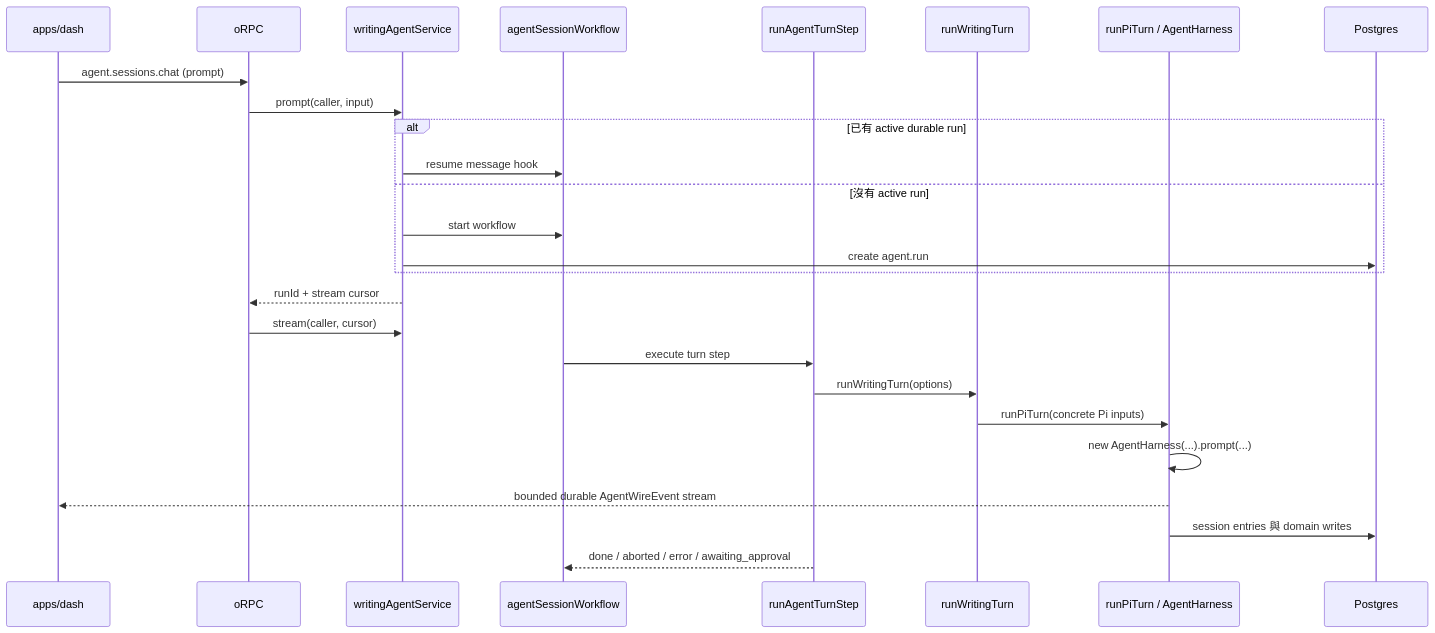
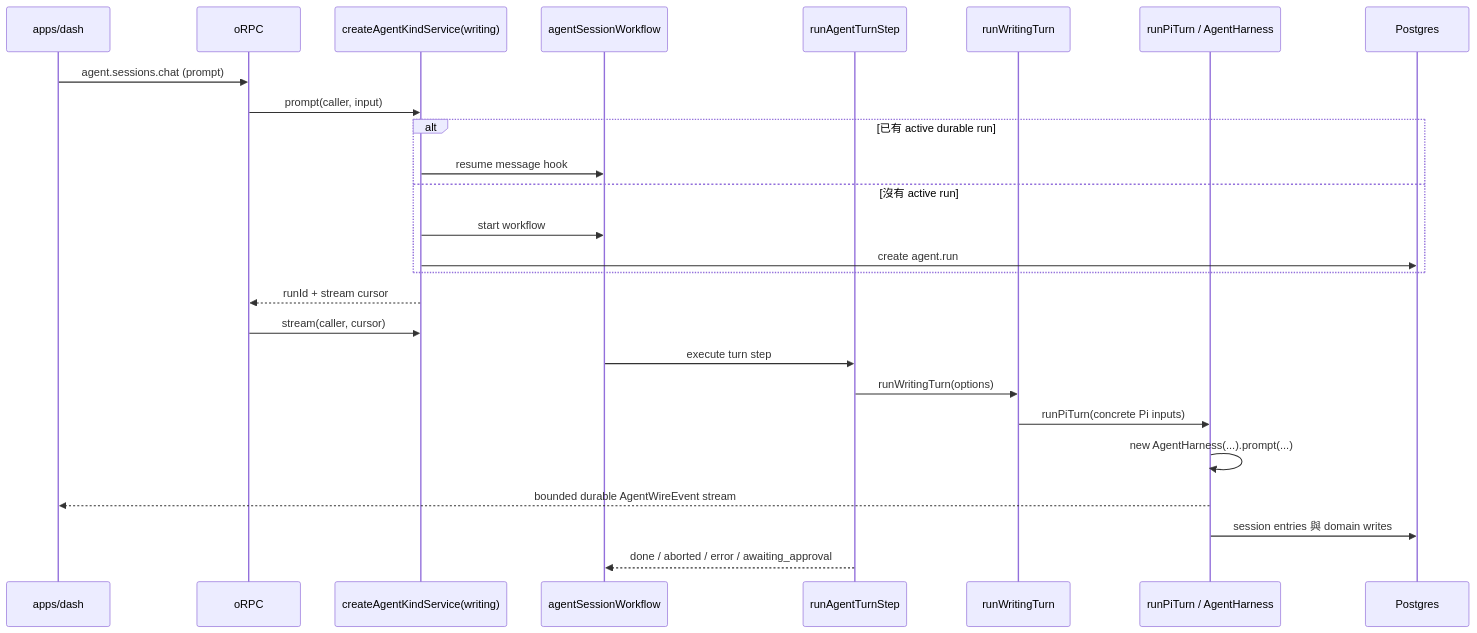
The second of 3 diagrams in docs/agent-architecture.zh.md (Chia1104/chia1104.dev), drawn with Mermaid before and after one commit. The commit also changed other lines of this file and 10 other files, not shown here.

First line of the commit message:
refactor(service): register agent kinds through one AgentKindDefinition

````diff
--- a/docs/agent-architecture.zh.md
+++ b/docs/agent-architecture.zh.md
@@ -116,29 +126,29 @@
 ```mermaid
 sequenceDiagram
     participant UI as apps/dash
     participant RPC as oRPC
-    participant SVC as writingAgentService
+    participant SVC as createAgentKindService(writing)
     participant WF as agentSessionWorkflow
     participant STEP as runAgentTurnStep
     participant WR as runWritingTurn
     participant PI as runPiTurn / AgentHarness
     participant PG as Postgres
 
     UI->>RPC: agent.sessions.chat (prompt)
     RPC->>SVC: prompt(caller, input)
     alt 已有 active durable run
         SVC->>WF: resume message hook
     else 沒有 active run
         SVC->>WF: start workflow
         SVC->>PG: create agent.run
     end
     SVC-->>RPC: runId + stream cursor
     RPC->>SVC: stream(caller, cursor)
     WF->>STEP: execute turn step
     STEP->>WR: runWritingTurn(options)
     WR->>PI: runPiTurn(concrete Pi inputs)
     PI->>PI: new AgentHarness(...).prompt(...)
     PI-->>UI: bounded durable AgentWireEvent stream
     PI->>PG: session entries 與 domain writes
     STEP-->>WF: done / aborted / error / awaiting_approval
 ```
````
